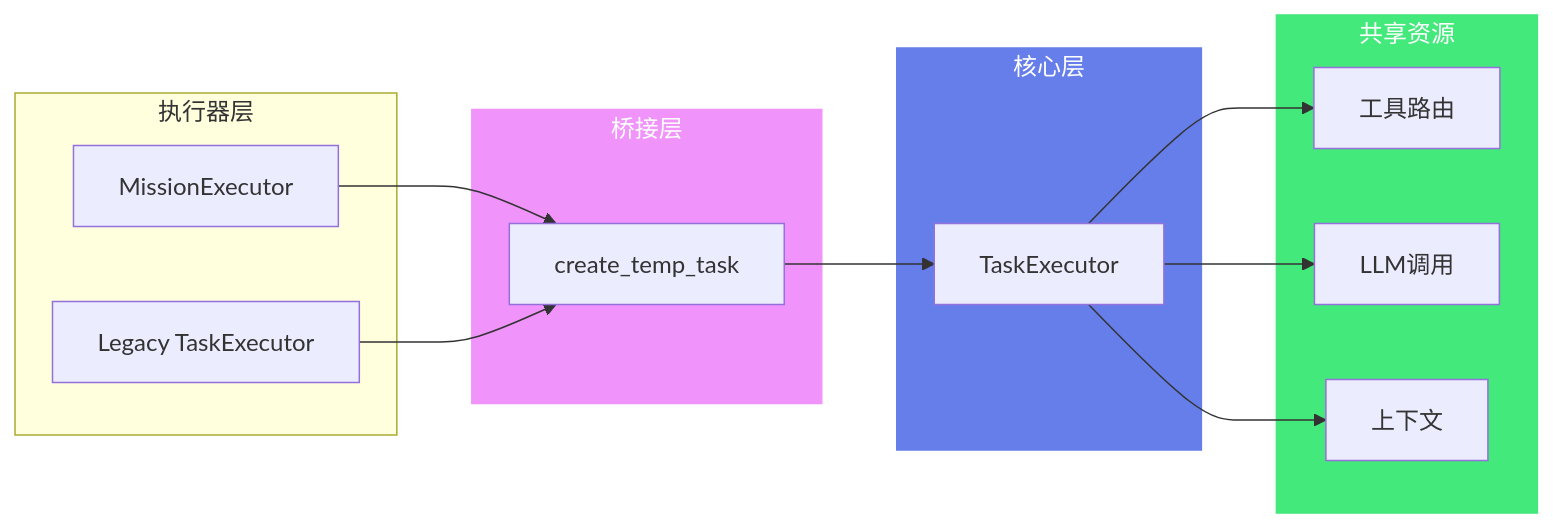
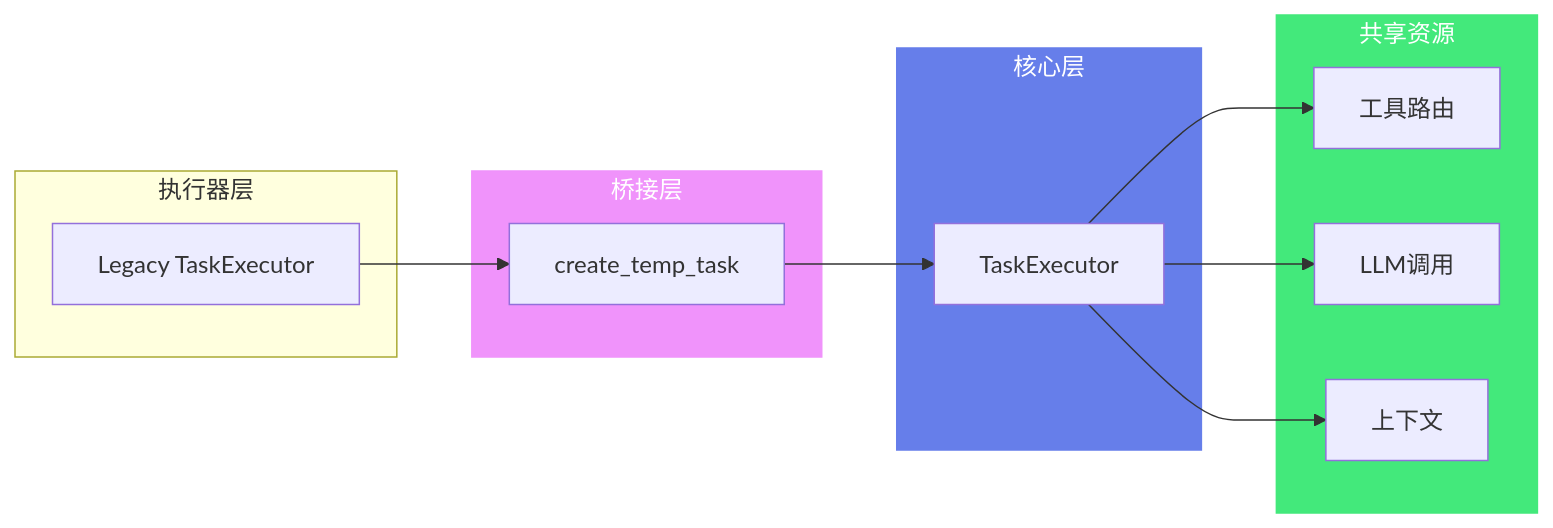
Before and after one commit to jsjm1986/AGIME: the sixth of 8 diagrams in docs/ARCHITECTURE.md, drawn with Mermaid. The commit also changed other lines of this file and 4 other files, not shown here.

````diff
--- a/docs/ARCHITECTURE.md
+++ b/docs/ARCHITECTURE.md
@@ -449,32 +449,30 @@
 ```mermaid
 graph LR
     subgraph Executors["执行器层"]
-        Mission[MissionExecutor]
         Legacy[Legacy TaskExecutor]
     end
 
     subgraph Bridge["桥接层"]
         TempTask[create_temp_task]
     end
 
     subgraph Core["核心层"]
         TaskExec[TaskExecutor]
     end
 
     subgraph Shared["共享资源"]
         Tools[工具路由]
         LLM[LLM调用]
         Context[上下文]
     end
 
-    Mission --> TempTask
     Legacy --> TempTask
     TempTask --> TaskExec
     TaskExec --> Tools
     TaskExec --> LLM
     TaskExec --> Context
 
     style Bridge fill:#f093fb,stroke:#f093fb,color:#ffffff
     style Core fill:#667eea,stroke:#667eea,color:#ffffff
     style Shared fill:#43e97b,stroke:#43e97b,color:#ffffff
 ```
````
